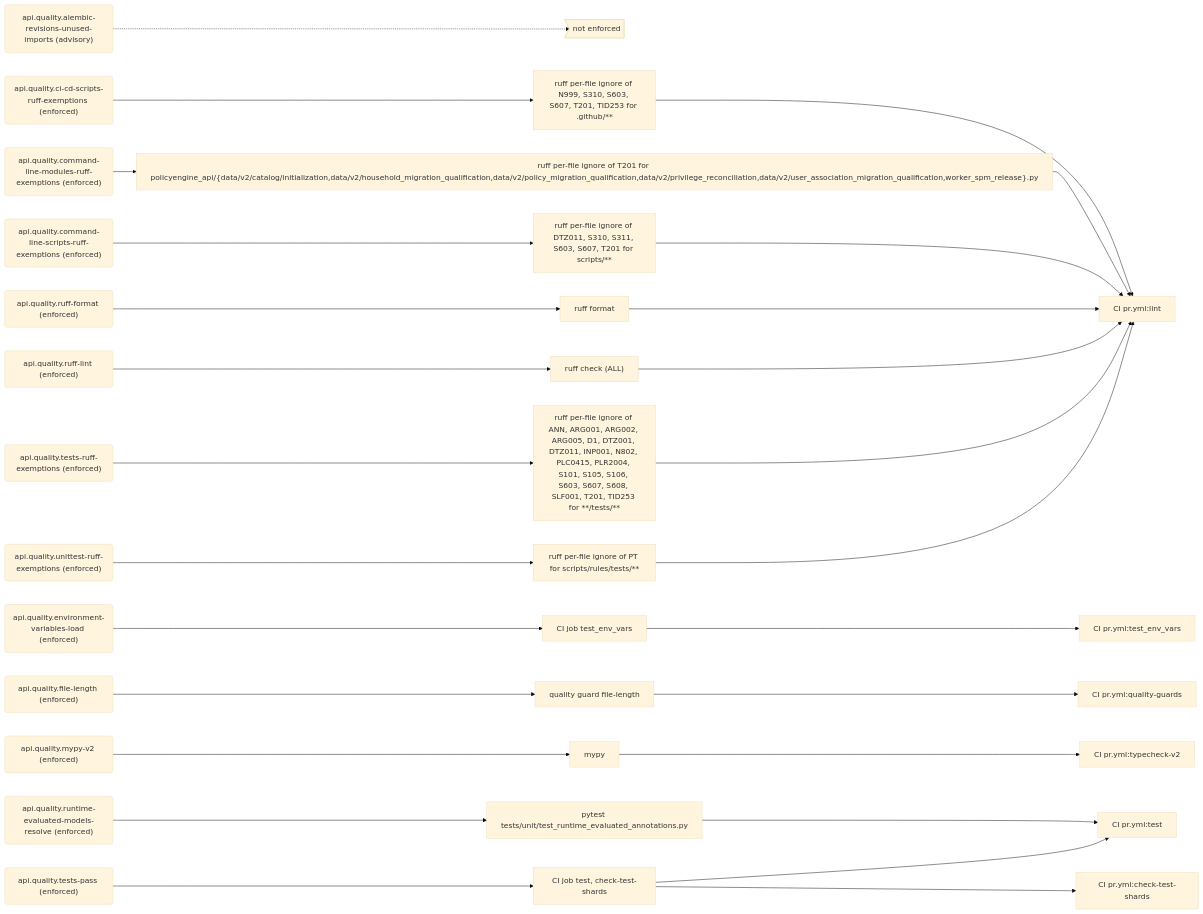
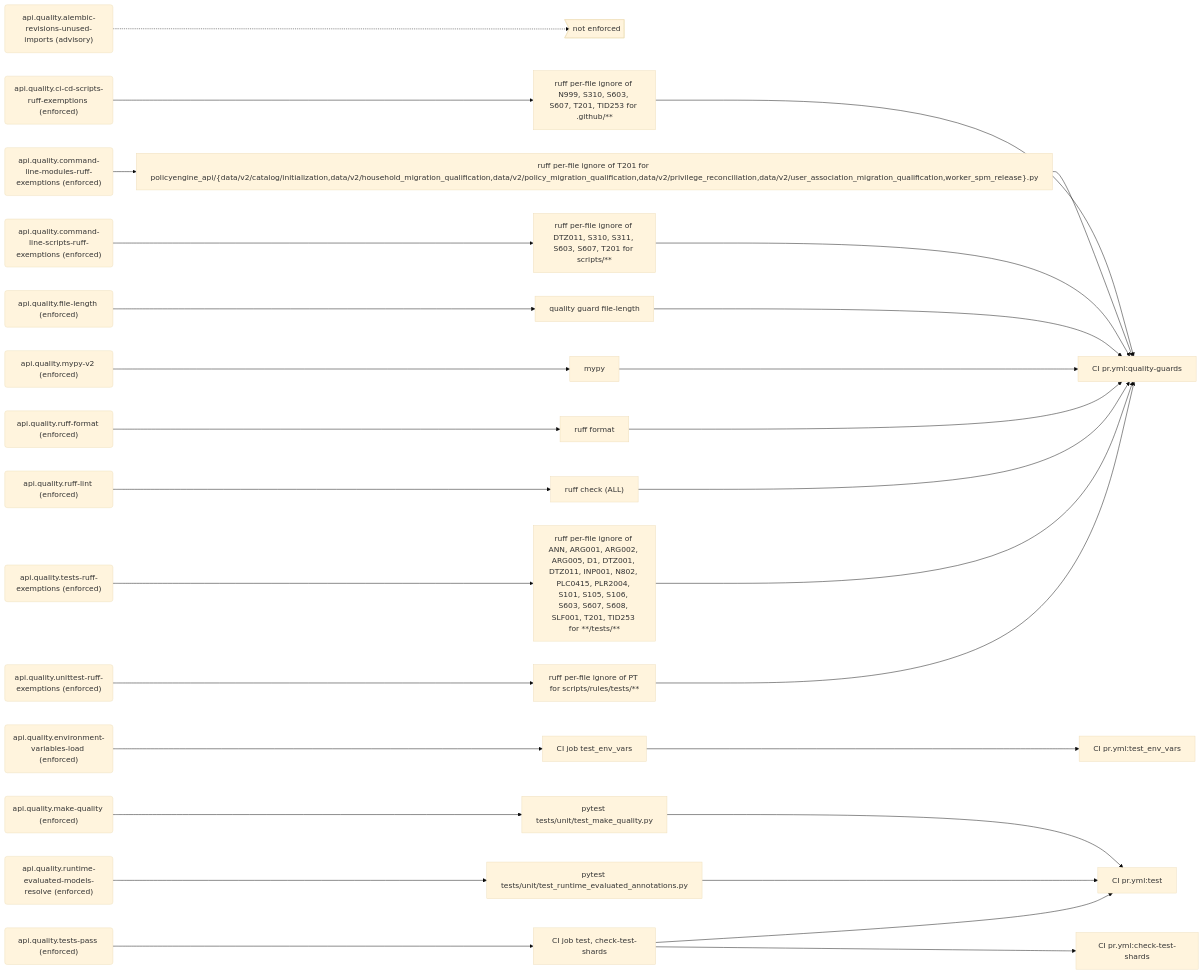
Before and after one commit to PolicyEngine/policyengine-api: the seventh of 11 diagrams in docs/generated/rules.md, drawn with Mermaid (base theme). The commit also changed other lines of this file and 13 other files, not shown here.

````diff
--- a/docs/generated/rules.md
+++ b/docs/generated/rules.md
@@ -382,61 +383,63 @@
 ```mermaid
 flowchart LR
   r_api_quality_alembic_revisions_unused_imports("api.quality.alembic-revisions-unused-imports (advisory)")
   gap_unenforced>"not enforced"]
   r_api_quality_ci_cd_scripts_ruff_exemptions("api.quality.ci-cd-scripts-ruff-exemptions (enforced)")
   e_ruff_per_file_ignore_of_N999__S310__S603__S607__T201__TID253_for__github___["ruff per-file ignore of N999, S310, S603, S607, T201, TID253 for .github/**"]
-  j_CI_pr_yml_lint["CI pr.yml:lint"]
+  j_CI_pr_yml_quality_guards["CI pr.yml:quality-guards"]
   r_api_quality_command_line_modules_ruff_exemptions("api.quality.command-line-modules-ruff-exemptions (enforced)")
   e_ruff_per_file_ignore_of_T201_for_policyengine_api__data_v2_catalog_initialization_data_v2_household_migration_qualification_data_v2_policy_migration_qualification_data_v2_privilege_reconciliation_data_v2_user_association_migration_qualification_worker_spm_release__py["ruff per-file ignore of T201 for policyengine_api/{data/v2/catalog/initialization,data/v2/household_migration_qualification,data/v2/policy_migration_qualification,data/v2/privilege_reconciliation,data/v2/user_association_migration_qualification,worker_spm_release}.py"]
   r_api_quality_command_line_scripts_ruff_exemptions("api.quality.command-line-scripts-ruff-exemptions (enforced)")
   e_ruff_per_file_ignore_of_DTZ011__S310__S311__S603__S607__T201_for_scripts___["ruff per-file ignore of DTZ011, S310, S311, S603, S607, T201 for scripts/**"]
   r_api_quality_environment_variables_load("api.quality.environment-variables-load (enforced)")
   e_CI_job_test_env_vars["CI job test_env_vars"]
   j_CI_pr_yml_test_env_vars["CI pr.yml:test_env_vars"]
   r_api_quality_file_length("api.quality.file-length (enforced)")
   e_quality_guard_file_length["quality guard file-length"]
-  j_CI_pr_yml_quality_guards["CI pr.yml:quality-guards"]
+  r_api_quality_make_quality("api.quality.make-quality (enforced)")
+  e_pytest_tests_unit_test_make_quality_py["pytest tests/unit/test_make_quality.py"]
+  j_CI_pr_yml_test["CI pr.yml:test"]
   r_api_quality_mypy_v2("api.quality.mypy-v2 (enforced)")
   e_mypy["mypy"]
-  j_CI_pr_yml_typecheck_v2["CI pr.yml:typecheck-v2"]
   r_api_quality_ruff_format("api.quality.ruff-format (enforced)")
   e_ruff_format["ruff format"]
   r_api_quality_ruff_lint("api.quality.ruff-lint (enforced)")
   e_ruff_check__ALL_["ruff check (ALL)"]
   r_api_quality_runtime_evaluated_models_resolve("api.quality.runtime-evaluated-models-resolve (enforced)")
   e_pytest_tests_unit_test_runtime_evaluated_annotations_py["pytest tests/unit/test_runtime_evaluated_annotations.py"]
-  j_CI_pr_yml_test["CI pr.yml:test"]
   r_api_quality_tests_pass("api.quality.tests-pass (enforced)")
   e_CI_job_test__check_test_shards["CI job test, check-test-shards"]
   j_CI_pr_yml_check_test_shards["CI pr.yml:check-test-shards"]
   r_api_quality_tests_ruff_exemptions("api.quality.tests-ruff-exemptions (enforced)")
   e_ruff_per_file_ignore_of_ANN__ARG001__ARG002__ARG005__D1__DTZ001__DTZ011__INP001__N802__PLC0415__PLR2004__S101__S105__S106__S603__S607__S608__SLF001__T201__TID253_for____tests___["ruff per-file ignore of ANN, ARG001, ARG002, ARG005, D1, DTZ001, DTZ011, INP001, N802, PLC0415, PLR2004, S101, S105, S106, S603, S607, S608, SLF001, T201, TID253 for **/tests/**"]
   r_api_quality_unittest_ruff_exemptions("api.quality.unittest-ruff-exemptions (enforced)")
   e_ruff_per_file_ignore_of_PT_for_scripts_rules_tests___["ruff per-file ignore of PT for scripts/rules/tests/**"]
   r_api_quality_alembic_revisions_unused_imports -.-> gap_unenforced
   r_api_quality_ci_cd_scripts_ruff_exemptions --> e_ruff_per_file_ignore_of_N999__S310__S603__S607__T201__TID253_for__github___
-  e_ruff_per_file_ignore_of_N999__S310__S603__S607__T201__TID253_for__github___ --> j_CI_pr_yml_lint
+  e_ruff_per_file_ignore_of_N999__S310__S603__S607__T201__TID253_for__github___ --> j_CI_pr_yml_quality_guards
   r_api_quality_command_line_modules_ruff_exemptions --> e_ruff_per_file_ignore_of_T201_for_policyengine_api__data_v2_catalog_initialization_data_v2_household_migration_qualification_data_v2_policy_migration_qualification_data_v2_privilege_reconciliation_data_v2_user_association_migration_qualification_worker_spm_release__py
-  e_ruff_per_file_ignore_of_T201_for_policyengine_api__data_v2_catalog_initialization_data_v2_household_migration_qualification_data_v2_policy_migration_qualification_data_v2_privilege_reconciliation_data_v2_user_association_migration_qualification_worker_spm_release__py --> j_CI_pr_yml_lint
+  e_ruff_per_file_ignore_of_T201_for_policyengine_api__data_v2_catalog_initialization_data_v2_household_migration_qualification_data_v2_policy_migration_qualification_data_v2_privilege_reconciliation_data_v2_user_association_migration_qualification_worker_spm_release__py --> j_CI_pr_yml_quality_guards
   r_api_quality_command_line_scripts_ruff_exemptions --> e_ruff_per_file_ignore_of_DTZ011__S310__S311__S603__S607__T201_for_scripts___
-  e_ruff_per_file_ignore_of_DTZ011__S310__S311__S603__S607__T201_for_scripts___ --> j_CI_pr_yml_lint
+  e_ruff_per_file_ignore_of_DTZ011__S310__S311__S603__S607__T201_for_scripts___ --> j_CI_pr_yml_quality_guards
   r_api_quality_environment_variables_load --> e_CI_job_test_env_vars
   e_CI_job_test_env_vars --> j_CI_pr_yml_test_env_vars
   r_api_quality_file_length --> e_quality_guard_file_length
   e_quality_guard_file_length --> j_CI_pr_yml_quality_guards
+  r_api_quality_make_quality --> e_pytest_tests_unit_test_make_quality_py
+  e_pytest_tests_unit_test_make_quality_py --> j_CI_pr_yml_test
   r_api_quality_mypy_v2 --> e_mypy
-  e_mypy --> j_CI_pr_yml_typecheck_v2
+  e_mypy --> j_CI_pr_yml_quality_guards
   r_api_quality_ruff_format --> e_ruff_format
-  e_ruff_format --> j_CI_pr_yml_lint
+  e_ruff_format --> j_CI_pr_yml_quality_guards
   r_api_quality_ruff_lint --> e_ruff_check__ALL_
-  e_ruff_check__ALL_ --> j_CI_pr_yml_lint
+  e_ruff_check__ALL_ --> j_CI_pr_yml_quality_guards
   r_api_quality_runtime_evaluated_models_resolve --> e_pytest_tests_unit_test_runtime_evaluated_annotations_py
   e_pytest_tests_unit_test_runtime_evaluated_annotations_py --> j_CI_pr_yml_test
   r_api_quality_tests_pass --> e_CI_job_test__check_test_shards
   e_CI_job_test__check_test_shards --> j_CI_pr_yml_test
   e_CI_job_test__check_test_shards --> j_CI_pr_yml_check_test_shards
   r_api_quality_tests_ruff_exemptions --> e_ruff_per_file_ignore_of_ANN__ARG001__ARG002__ARG005__D1__DTZ001__DTZ011__INP001__N802__PLC0415__PLR2004__S101__S105__S106__S603__S607__S608__SLF001__T201__TID253_for____tests___
-  e_ruff_per_file_ignore_of_ANN__ARG001__ARG002__ARG005__D1__DTZ001__DTZ011__INP001__N802__PLC0415__PLR2004__S101__S105__S106__S603__S607__S608__SLF001__T201__TID253_for____tests___ --> j_CI_pr_yml_lint
+  e_ruff_per_file_ignore_of_ANN__ARG001__ARG002__ARG005__D1__DTZ001__DTZ011__INP001__N802__PLC0415__PLR2004__S101__S105__S106__S603__S607__S608__SLF001__T201__TID253_for____tests___ --> j_CI_pr_yml_quality_guards
   r_api_quality_unittest_ruff_exemptions --> e_ruff_per_file_ignore_of_PT_for_scripts_rules_tests___
-  e_ruff_per_file_ignore_of_PT_for_scripts_rules_tests___ --> j_CI_pr_yml_lint
+  e_ruff_per_file_ignore_of_PT_for_scripts_rules_tests___ --> j_CI_pr_yml_quality_guards
 ```
````
